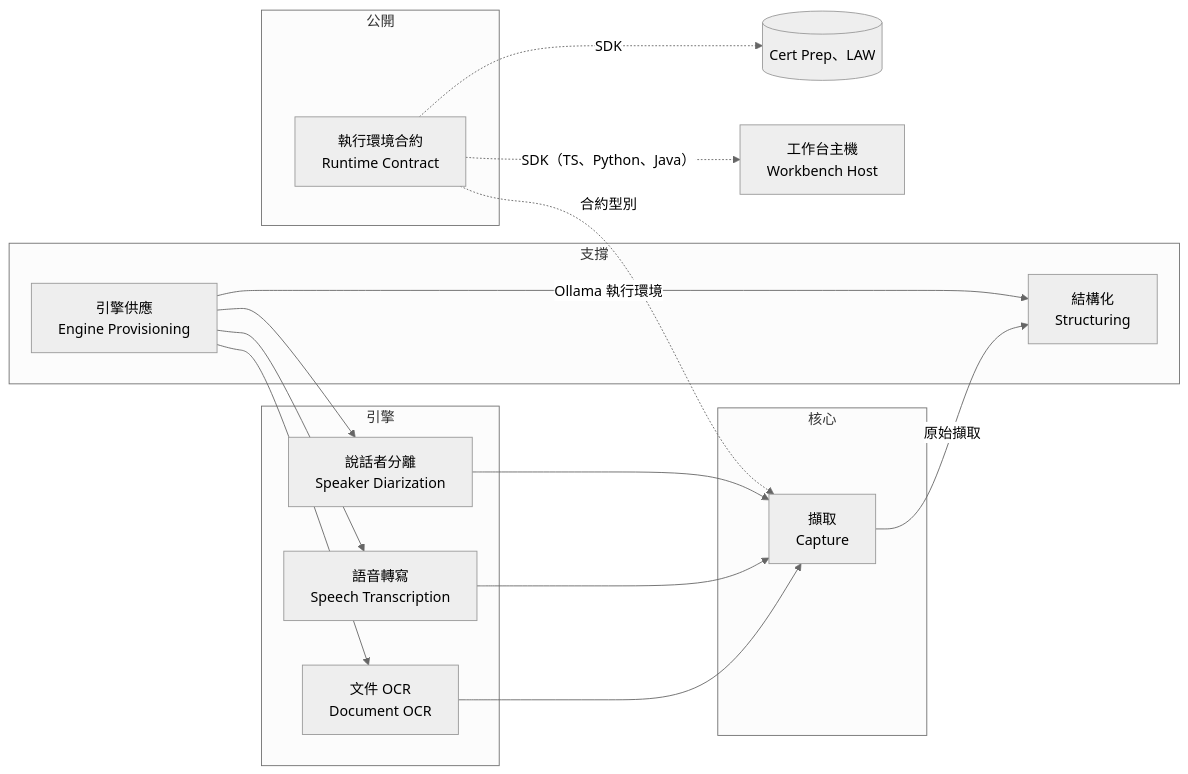
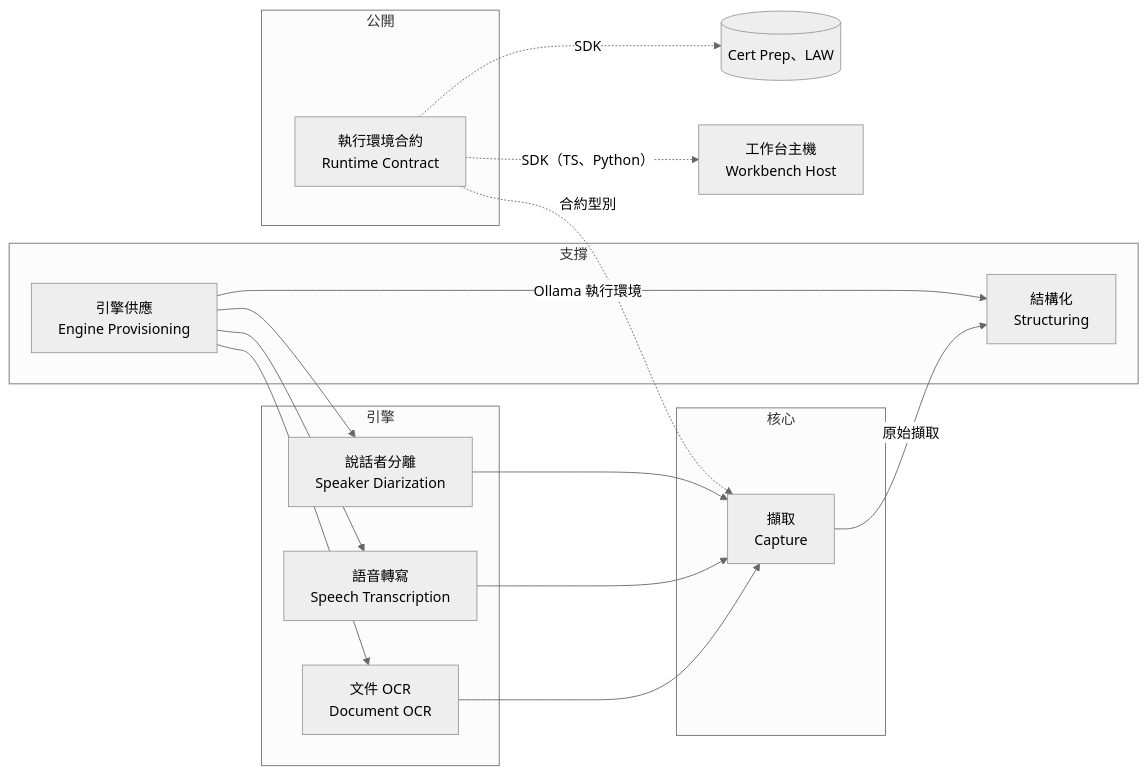
One commit to gx-capture/capture-workbench changed the first of 2 diagrams in .agents/PLANS/ddd-refactor/README.md. Above: the diagram before and after it, drawn with Mermaid (neutral theme). The commit also changed other lines of this file and 2 other files, not shown here.

````diff
--- a/.agents/PLANS/ddd-refactor/README.md
+++ b/.agents/PLANS/ddd-refactor/README.md
@@ -37,30 +37,30 @@
 ```mermaid
 flowchart LR
   subgraph 核心
     CAP["擷取<br/>Capture"]
   end
   subgraph 引擎
     OCR["文件 OCR<br/>Document OCR"]
     SPE["語音轉寫<br/>Speech Transcription"]
     DIA["說話者分離<br/>Speaker Diarization"]
   end
   subgraph 支撐
     STR["結構化<br/>Structuring"]
     PRV["引擎供應<br/>Engine Provisioning"]
   end
   subgraph 公開
     CON["執行環境合約<br/>Runtime Contract"]
   end
   HOST["工作台主機<br/>Workbench Host"]
   OCR --> CAP
   SPE --> CAP
   DIA --> CAP
   CAP -- "原始擷取" --> STR
   PRV --> OCR
   PRV --> SPE
   PRV --> DIA
   PRV -- "Ollama 執行環境" --> STR
   CON -. "合約型別" .-> CAP
-  CON -. "SDK（TS、Python、Java）" .-> HOST
+  CON -. "SDK（TS、Python）" .-> HOST
   CON -. "SDK" .-> EXT[(Cert Prep、LAW)]
 ```
````
